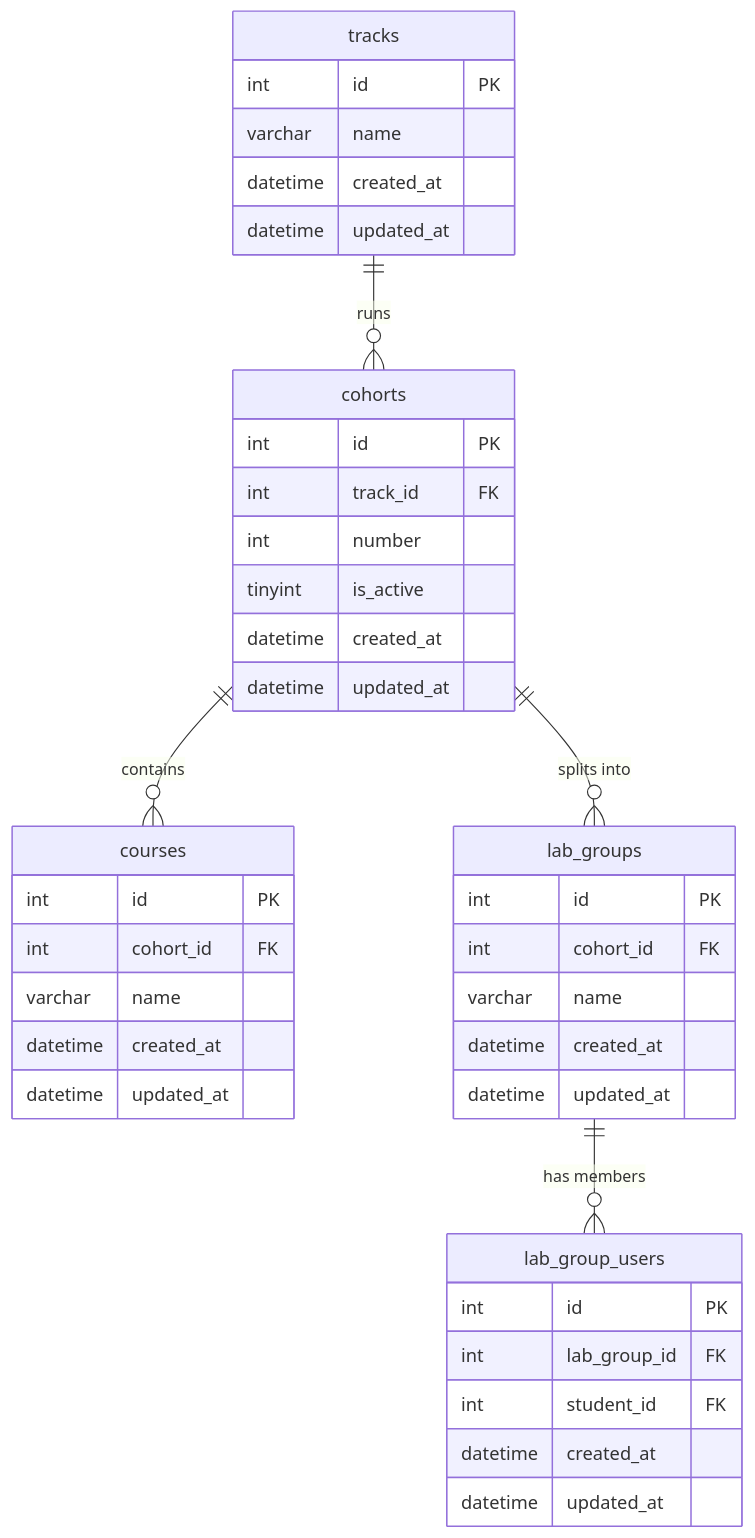
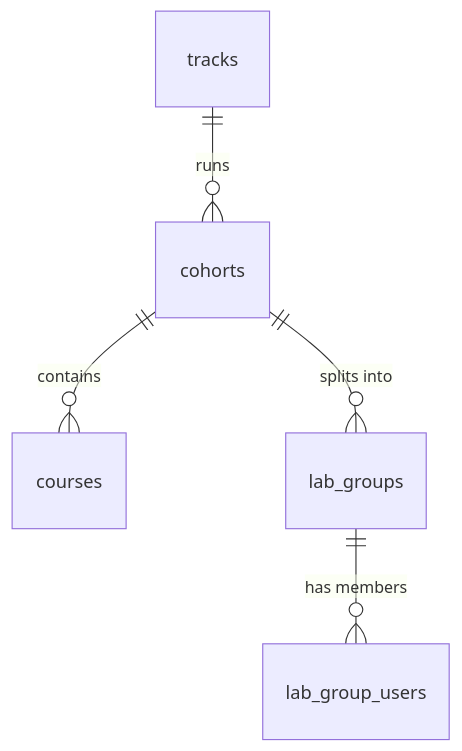
The second of 5 diagrams in README.md (AndrewEmad14/attendance-and-grading-platform-backend), drawn with Mermaid before and after one commit. The commit also changed other lines of this file and 3 other files, not shown here.

````diff
--- a/README.md
+++ b/README.md
@@ -628,47 +136,12 @@
 ```mermaid
 erDiagram
-    tracks {
-        int id PK
-        varchar name
-        datetime created_at
-        datetime updated_at
-    }
-
-    cohorts {
-        int id PK
-        int track_id FK
-        int number
-        tinyint is_active
-        datetime created_at
-        datetime updated_at
-    }
-
-    courses {
-        int id PK
-        int cohort_id FK
-        varchar name
-        datetime created_at
-        datetime updated_at
-    }
-
-    lab_groups {
-        int id PK
-        int cohort_id FK
-        varchar name
-        datetime created_at
-        datetime updated_at
-    }
-
-    lab_group_users {
-        int id PK
-        int lab_group_id FK
-        int student_id FK
-        datetime created_at
-        datetime updated_at
-    }
-
+    tracks {}
+    cohorts {}
+    courses {}
+    lab_groups {}
+    lab_group_users {}
     tracks     ||--o{ cohorts        : "runs"
     cohorts    ||--o{ courses        : "contains"
     cohorts    ||--o{ lab_groups     : "splits into"
     lab_groups ||--o{ lab_group_users : "has members"
 ```
````
